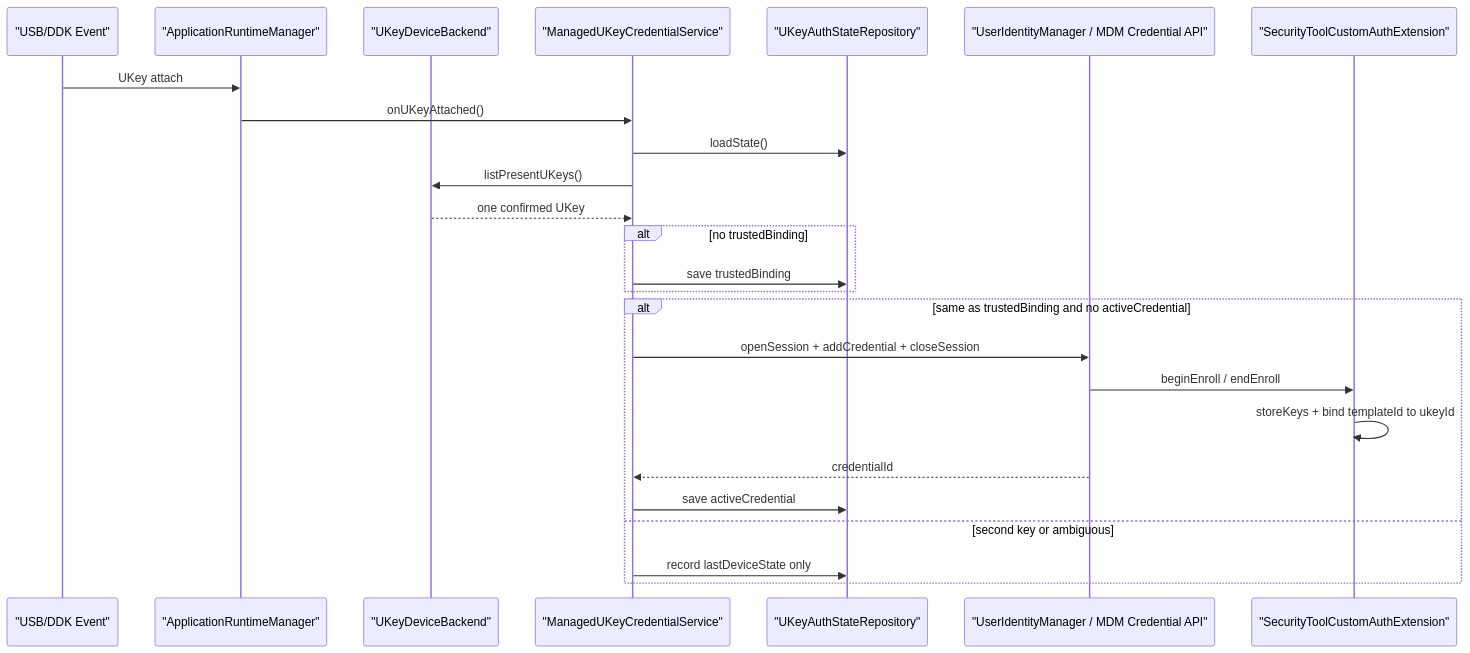
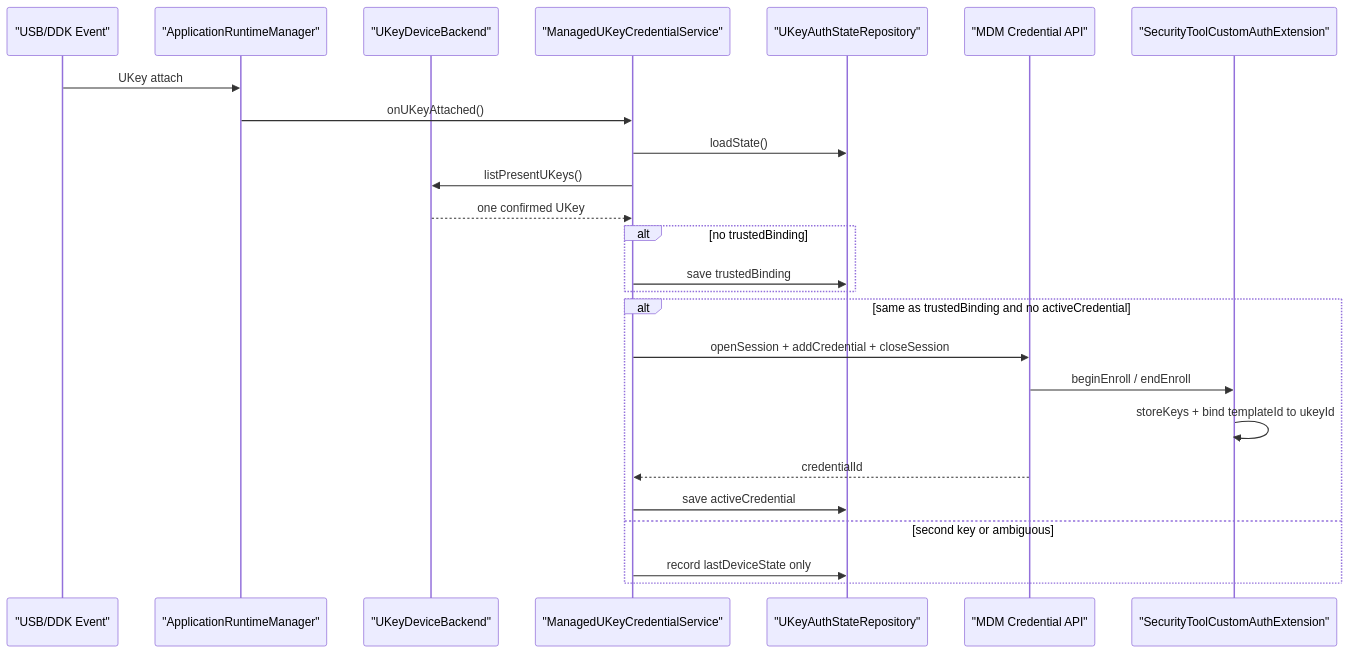
Before and after one commit to Deslord319/security_tool: the first of 2 diagrams in docs/03-模块设计/UKey管理与认证器接入设计说明.md, drawn with Mermaid. The commit also changed other lines of this file and 15 other files, not shown here.

````diff
--- a/docs/03-模块设计/UKey管理与认证器接入设计说明.md
+++ b/docs/03-模块设计/UKey管理与认证器接入设计说明.md
@@ -85,28 +94,28 @@
 ```mermaid
 sequenceDiagram
   participant USB as "USB/DDK Event"
   participant Runtime as "ApplicationRuntimeManager"
   participant Backend as "UKeyDeviceBackend"
   participant Service as "ManagedUKeyCredentialService"
   participant Repo as "UKeyAuthStateRepository"
-  participant IDM as "UserIdentityManager / MDM Credential API"
+  participant IDM as "MDM Credential API"
   participant CA as "SecurityToolCustomAuthExtension"
 
   USB->>Runtime: UKey attach
   Runtime->>Service: onUKeyAttached()
   Service->>Repo: loadState()
   Service->>Backend: listPresentUKeys()
   Backend-->>Service: one confirmed UKey
   alt no trustedBinding
     Service->>Repo: save trustedBinding
   end
   alt same as trustedBinding and no activeCredential
     Service->>IDM: openSession + addCredential + closeSession
     IDM->>CA: beginEnroll / endEnroll
     CA->>CA: storeKeys + bind templateId to ukeyId
     IDM-->>Service: credentialId
     Service->>Repo: save activeCredential
   else second key or ambiguous
     Service->>Repo: record lastDeviceState only
   end
 ```
````
